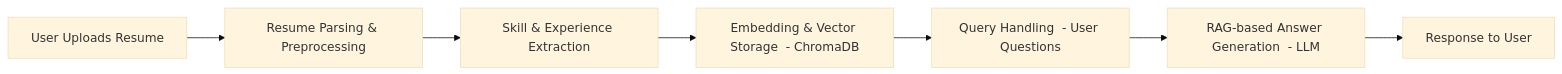
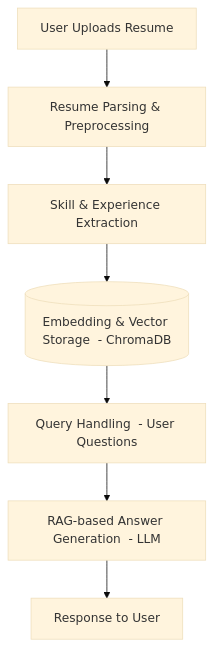
One commit to Oussama-lasri/ai-career-assistant changed the diagram in README.md. Above: the diagram before and after it, drawn with Mermaid (base theme).

````diff
--- a/README.md
+++ b/README.md
@@ -29,9 +29,9 @@
 ```mermaid
-graph LR
+flowchart TD
     A[User Uploads Resume] --> B[Resume Parsing & Preprocessing]
     B --> C[Skill & Experience Extraction]
-    C --> D[Embedding & Vector Storage  - ChromaDB ]
+    C --> D[(Embedding & Vector Storage  - ChromaDB)]
     D --> E[Query Handling  - User Questions]
     E --> F[RAG-based Answer Generation  - LLM]
     F --> G[Response to User]
 ```
````
